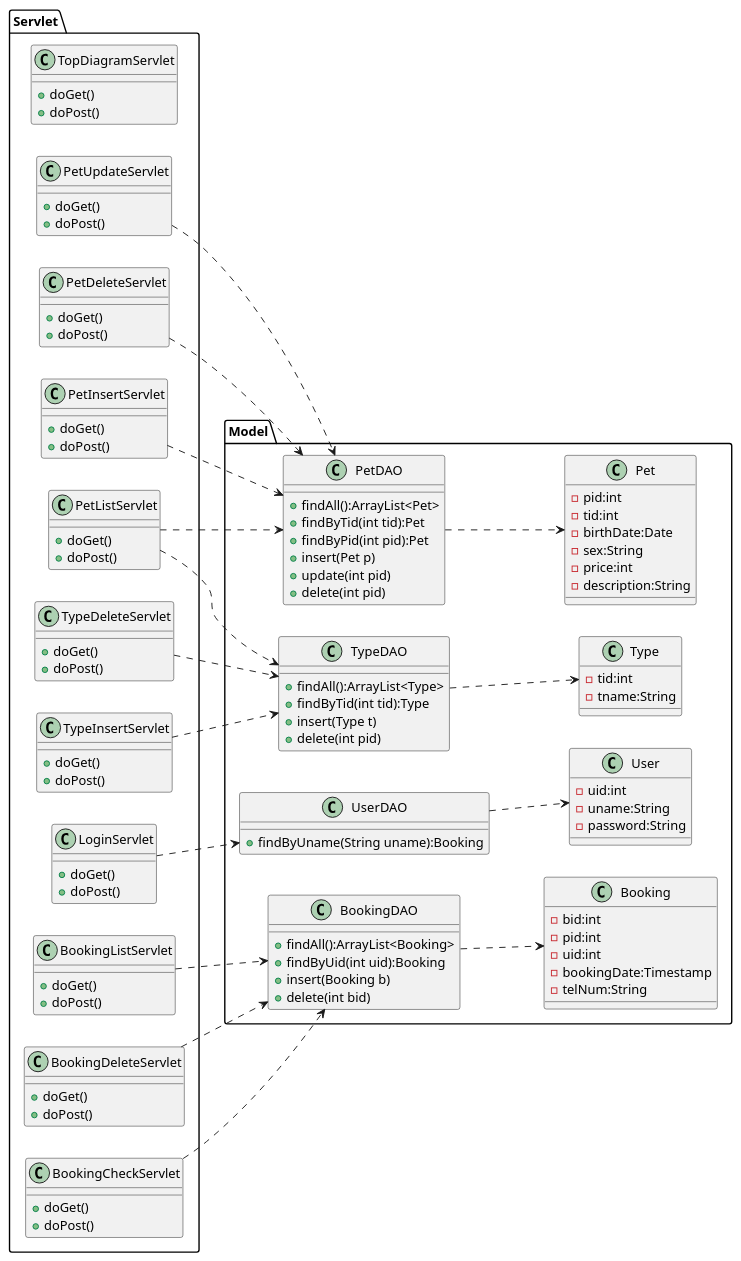
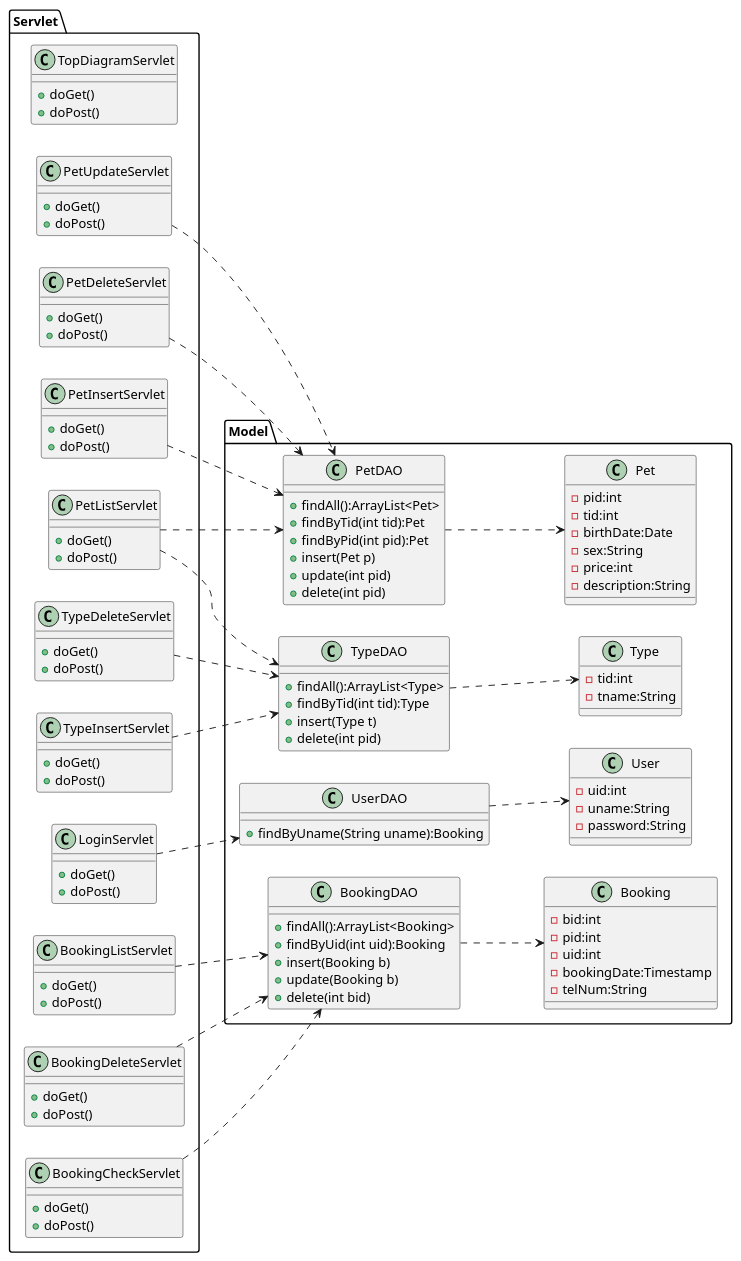
The diagram in detail.uml/class.pu (Tyamanaka07/WebSystem), drawn with PlantUML before and after one commit. The commit also changed 3 other files, not shown here.

```diff
--- a/detail.uml/class.pu
+++ b/detail.uml/class.pu
@@ -1,135 +1,136 @@
 @startuml
 left to right direction
 
 package Model{
 	class Pet{
 		-pid:int
 		-tid:int
 		-birthDate:Date
 		-sex:String
 		-price:int
 		-description:String
 	}
 
 	class Type{
 		-tid:int
 		-tname:String
 	}
 
 	class User{
 		-uid:int
 		-uname:String
 		-password:String
 	}
 
 	class Booking{
 		-bid:int
 		-pid:int
 		-uid:int
 		-bookingDate:Timestamp
 		-telNum:String
 	}
 
 	class PetDAO{
 		+findAll():ArrayList<Pet>
 		+findByTid(int tid):Pet
 		+findByPid(int pid):Pet
 		+insert(Pet p)
 		+update(int pid)
 		+delete(int pid)
 	}
 
 	class TypeDAO{
 		+findAll():ArrayList<Type>
 		+findByTid(int tid):Type
 		+insert(Type t)
 		+delete(int pid)
 	}
 
 	class UserDAO{
 		+findByUname(String uname):Booking
 	}
 
 	class BookingDAO{
 		+findAll():ArrayList<Booking>
 		+findByUid(int uid):Booking
 		+insert(Booking b)
+		+update(Booking b)
 		+delete(int bid)
 	}
 }
 
 package Servlet{
 	class TopDiagramServlet{
 		+doGet()
 		+doPost()
 	}
 
 	class PetListServlet{
 		+doGet()
 		+doPost()
 	}
 
 	class LoginServlet{
 		+doGet()
 		+doPost()
 	}
 
 	class PetInsertServlet{
 		+doGet()
 		+doPost()
 	}
 
 	class PetUpdateServlet{
 		+doGet()
 		+doPost()
 	}
 
 	class PetDeleteServlet{
 		+doGet()
 		+doPost()
 	}
 
 	class TypeInsertServlet{
 		+doGet()
 		+doPost()
 	}
 
 	class TypeDeleteServlet{
 		+doGet()
 		+doPost()
 	}
 
 	class BookingCheckServlet{
 		+doGet()
 		+doPost()
 	}
 
 	class BookingListServlet{
 		+doGet()
 		+doPost()
 	}
 
 	class BookingDeleteServlet{
 		+doGet()
 		+doPost()
 	}
 }
 
 
 PetListServlet..>TypeDAO
 TypeInsertServlet..>TypeDAO
 TypeDeleteServlet..>TypeDAO
 PetListServlet..>PetDAO
 PetInsertServlet..>PetDAO
 PetUpdateServlet..>PetDAO
 PetDeleteServlet..>PetDAO
 LoginServlet..>UserDAO
 BookingCheckServlet..>BookingDAO
 BookingListServlet..>BookingDAO
 BookingDeleteServlet..>BookingDAO
 
 BookingDAO..>Booking
 PetDAO..>Pet
 TypeDAO..>Type
 UserDAO..>User
 @enduml
```
